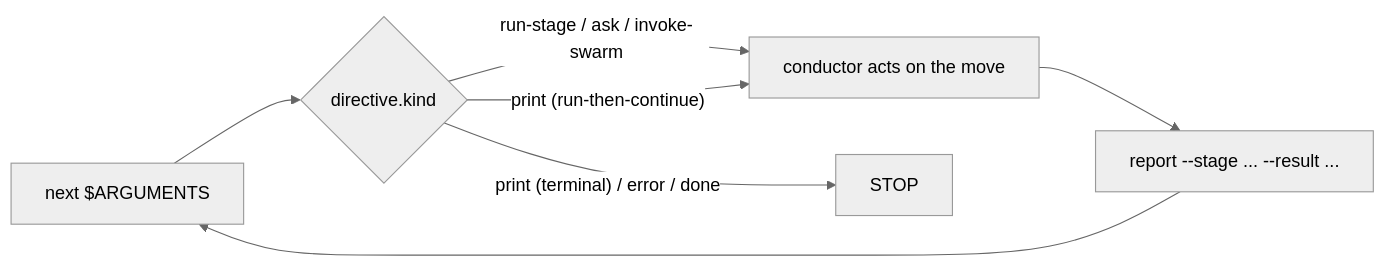
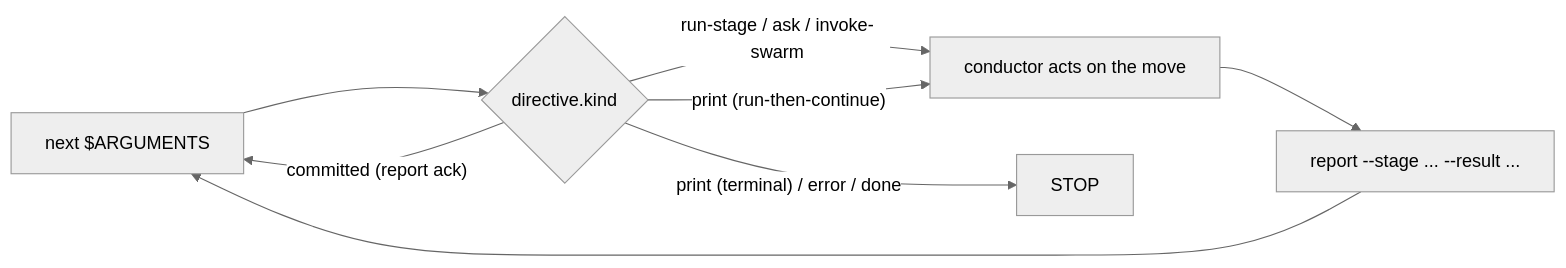
The diagram in docs/reference/17-skill-system.ja.md (amadeus-dlc/amadeus), drawn with Mermaid (neutral theme) before and after one commit. The commit also changed other lines of this file and 8 other files, not shown here.

````diff
--- a/docs/reference/17-skill-system.ja.md
+++ b/docs/reference/17-skill-system.ja.md
@@ -67,9 +68,10 @@
 ```mermaid
 flowchart LR
   A["next $ARGUMENTS"] --> B{"directive.kind"}
   B -->|"run-stage / ask / invoke-swarm"| C["conductor acts on the move"]
   C --> D["report --stage ... --result ..."]
   D --> A
   B -->|"print (run-then-continue)"| C
+  B -->|"committed (report ack)"| A
   B -->|"print (terminal) / error / done"| E["STOP"]
 ```
````
